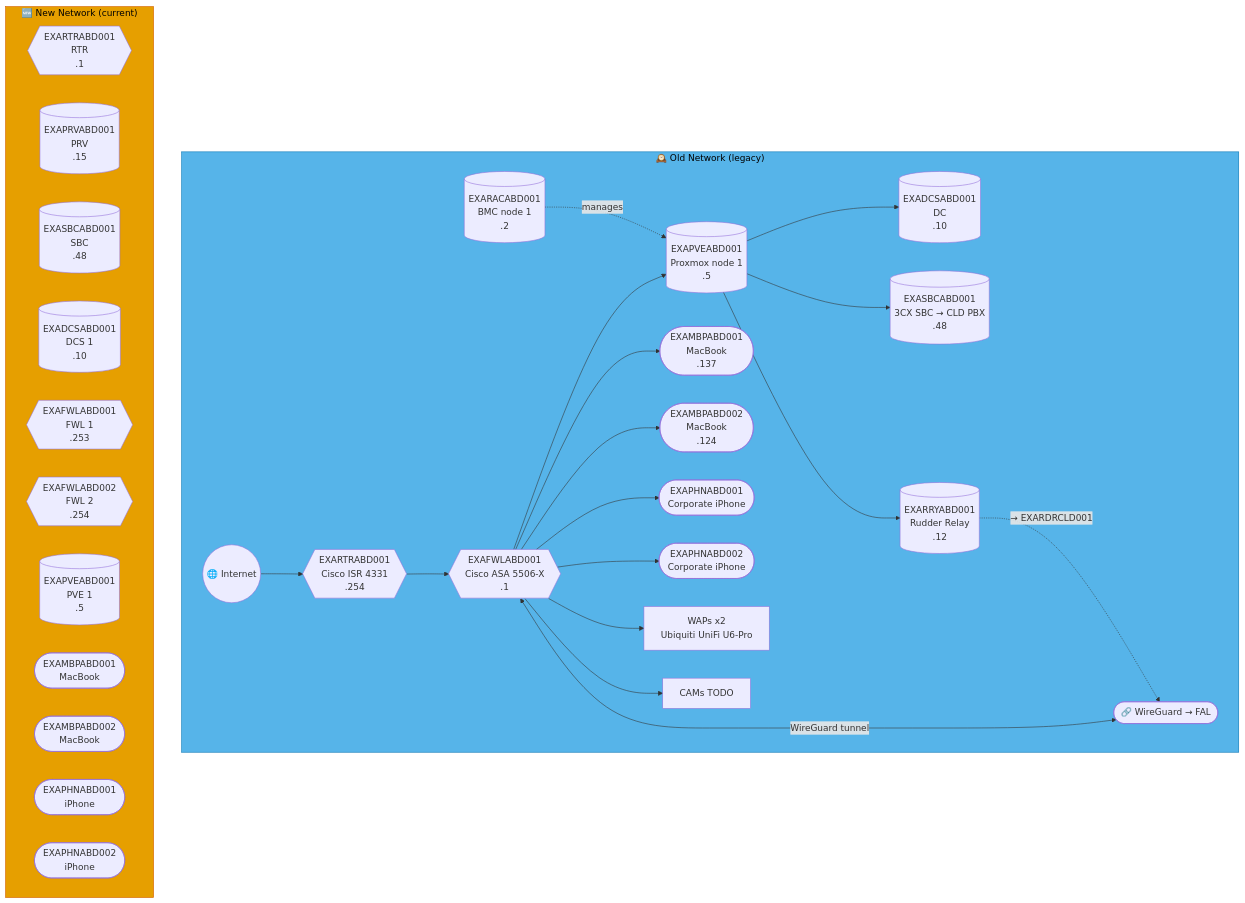
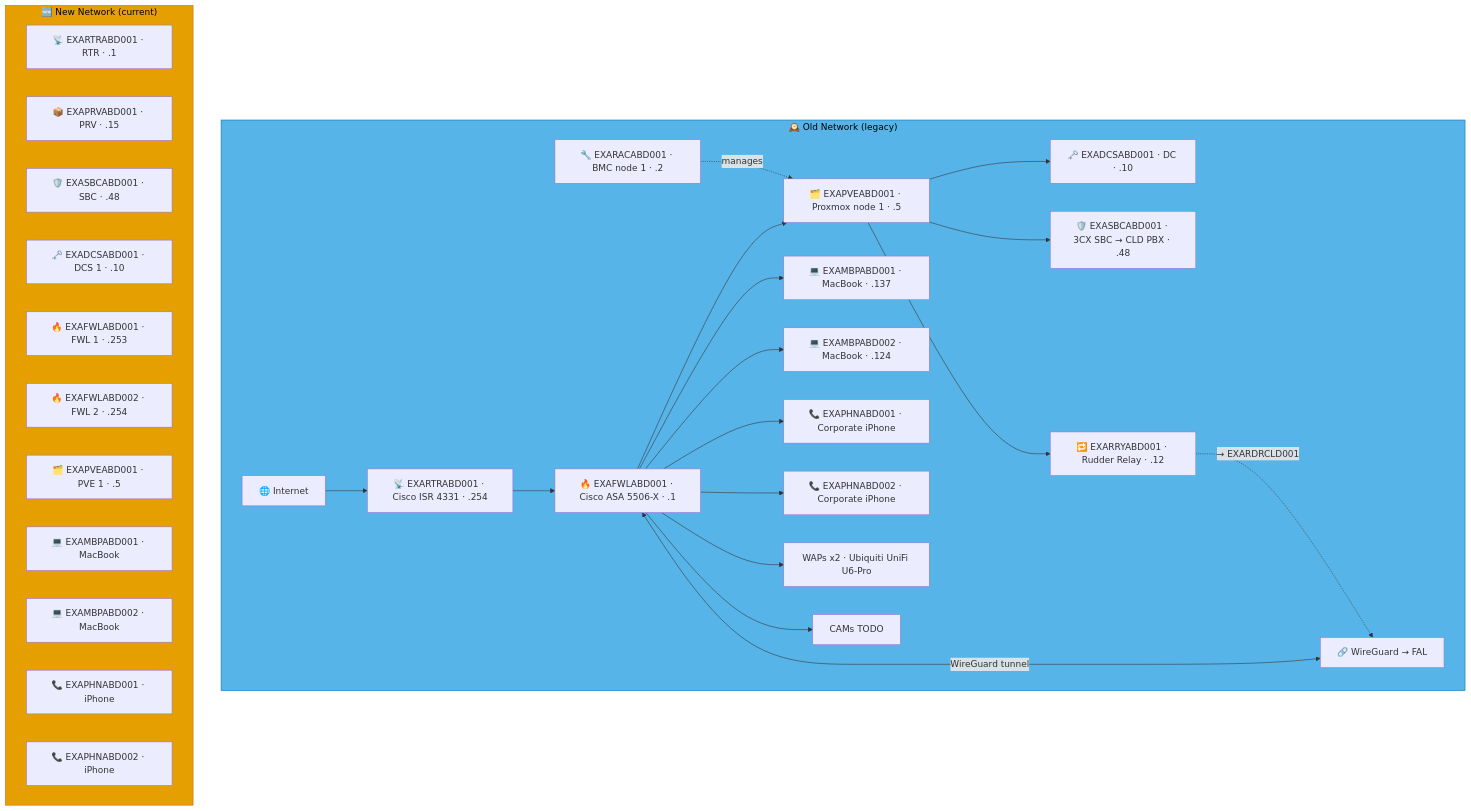
Before and after one commit to knightmare2600/example_music_infra: the eighth of 51 diagrams in docs/network-diagram.md, drawn with Mermaid. The commit also changed other lines of this file and 5 other files, not shown here.

````diff
--- a/docs/network-diagram.md
+++ b/docs/network-diagram.md
@@ -652,46 +653,46 @@
 ```mermaid
 graph TD
     subgraph OLD_ABD ["🕰️ Old Network (legacy)"]
-      INET(("🌐 Internet"))
-      FWL{{"EXAFWLABD001<br/>Cisco ASA 5506-X<br/>.1"}}
-      RTR{{"EXARTRABD001<br/>Cisco ISR 4331<br/>.254"}}
-      RAC[("EXARACABD001<br/>BMC node 1<br/>.2")]
-      PVE[("EXAPVEABD001<br/>Proxmox node 1<br/>.5")]
-      DC[("EXADCSABD001<br/>DC<br/>.10")]
-      SBC[("EXASBCABD001<br/>3CX SBC → CLD PBX<br/>.48")]
-      RRY[("EXARRYABD001<br/>Rudder Relay<br/>.12")]
-      MBP1(["EXAMBPABD001<br/>MacBook<br/>.137"])
-      MBP2(["EXAMBPABD002<br/>MacBook<br/>.124"])
-      PHN1(["EXAPHNABD001<br/>Corporate iPhone"])
-      PHN2(["EXAPHNABD002<br/>Corporate iPhone"])
-      WAP["WAPs x2<br/>Ubiquiti UniFi U6-Pro"]
+      INET["🌐 Internet"]
+      FWL["🔥 EXAFWLABD001 · Cisco ASA 5506-X · .1"]
+      RTR["📡 EXARTRABD001 · Cisco ISR 4331 · .254"]
+      RAC["🔧 EXARACABD001 · BMC node 1 · .2"]
+      PVE["🗂️ EXAPVEABD001 · Proxmox node 1 · .5"]
+      DC["🗝️ EXADCSABD001 · DC · .10"]
+      SBC["🛡️ EXASBCABD001 · 3CX SBC → CLD PBX · .48"]
+      RRY["🔁 EXARRYABD001 · Rudder Relay · .12"]
+      MBP1["💻 EXAMBPABD001 · MacBook · .137"]
+      MBP2["💻 EXAMBPABD002 · MacBook · .124"]
+      PHN1["📞 EXAPHNABD001 · Corporate iPhone"]
+      PHN2["📞 EXAPHNABD002 · Corporate iPhone"]
+      WAP["WAPs x2 · Ubiquiti UniFi U6-Pro"]
       CAM["CAMs TODO"]
-      VPN(["🔗 WireGuard → FAL"])
+      VPN["🔗 WireGuard → FAL"]
 
       INET --> RTR --> FWL --> PVE
       PVE --> DC & SBC
       RAC -.->|"manages"| PVE
       FWL --> MBP1 & MBP2 & PHN1 & PHN2 & WAP & CAM
       FWL <-->|"WireGuard tunnel"| VPN
 
       PVE --> RRY
       RRY -. "→ EXARDRCLD001" .-> VPN
     end
     style OLD_ABD fill:#56B4E9,stroke:#0072B2,color:#000000
     %% GENERATED:NEW-NETWORK:ABD:START
     subgraph NEW_ABD ["🆕 New Network (current)"]
-      N_RTR{{"EXARTRABD001<br/>RTR<br/>.1"}}
-      N_PRV[("EXAPRVABD001<br/>PRV<br/>.15")]
-      N_SBC[("EXASBCABD001<br/>SBC<br/>.48")]
-      N_DCS[("EXADCSABD001<br/>DCS 1<br/>.10")]
-      N_FWL{{"EXAFWLABD001<br/>FWL 1<br/>.253"}}
-      N_FWL2{{"EXAFWLABD002<br/>FWL 2<br/>.254"}}
-      N_PVE[("EXAPVEABD001<br/>PVE 1<br/>.5")]
-      N_MBP(["EXAMBPABD001<br/>MacBook"])
-      N_MBP2(["EXAMBPABD002<br/>MacBook"])
-      N_PHN(["EXAPHNABD001<br/>iPhone"])
-      N_PHN2(["EXAPHNABD002<br/>iPhone"])
+      N_RTR["📡 EXARTRABD001 · RTR · .1"]
+      N_PRV["📦 EXAPRVABD001 · PRV · .15"]
+      N_SBC["🛡️ EXASBCABD001 · SBC · .48"]
+      N_DCS["🗝️ EXADCSABD001 · DCS 1 · .10"]
+      N_FWL["🔥 EXAFWLABD001 · FWL 1 · .253"]
+      N_FWL2["🔥 EXAFWLABD002 · FWL 2 · .254"]
+      N_PVE["🗂️ EXAPVEABD001 · PVE 1 · .5"]
+      N_MBP["💻 EXAMBPABD001 · MacBook"]
+      N_MBP2["💻 EXAMBPABD002 · MacBook"]
+      N_PHN["📞 EXAPHNABD001 · iPhone"]
+      N_PHN2["📞 EXAPHNABD002 · iPhone"]
     end
     style NEW_ABD fill:#E69F00,stroke:#D55E00,color:#000000
     %% GENERATED:NEW-NETWORK:ABD:END
 ```
````
